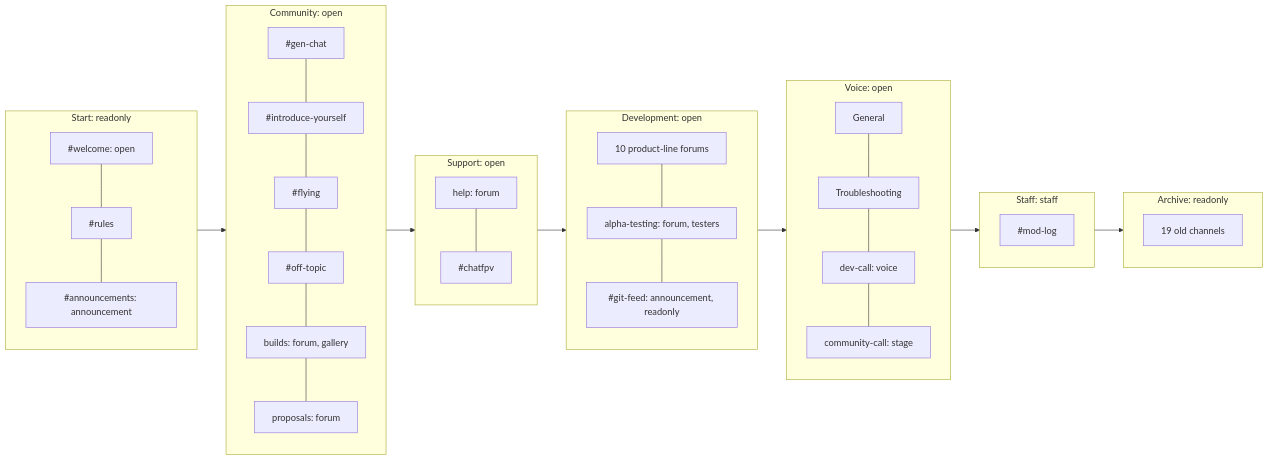
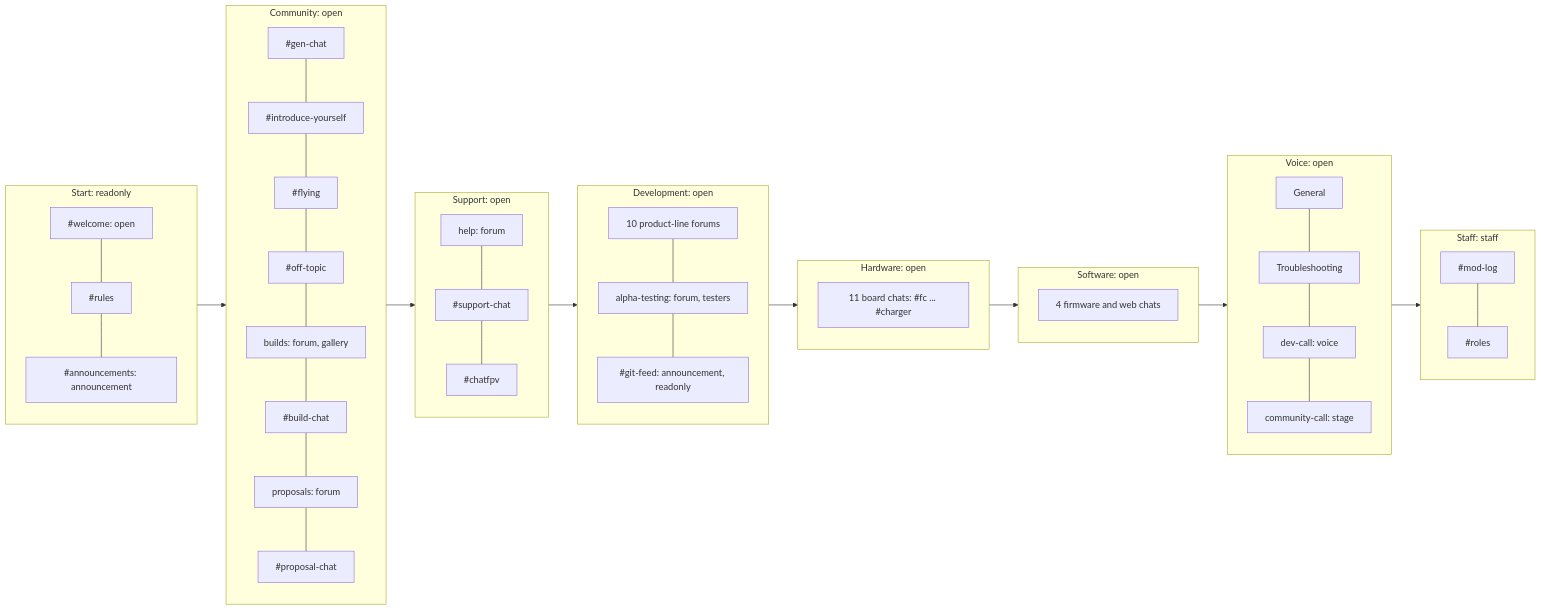
The second of 4 diagrams in README.md (OpenDrone-hw/discord), drawn with Mermaid before and after one commit. The commit also changed other lines of this file and 9 other files, not shown here.

````diff
--- a/README.md
+++ b/README.md
@@ -26,32 +26,36 @@
 ```mermaid
 flowchart LR
   subgraph Start["Start: readonly"]
     direction TB
     welcome["#welcome: open"] --- rules["#rules"] --- ann["#announcements: announcement"]
   end
   subgraph Community["Community: open"]
     direction TB
-    gen["#gen-chat"] --- intro["#introduce-yourself"] --- flying["#flying"] --- off["#off-topic"] --- builds["builds: forum, gallery"] --- props["proposals: forum"]
+    gen["#gen-chat"] --- intro["#introduce-yourself"] --- flying["#flying"] --- off["#off-topic"] --- builds["builds: forum, gallery"] --- bchat["#build-chat"] --- props["proposals: forum"] --- pchat["#proposal-chat"]
   end
   subgraph Support["Support: open"]
     direction TB
-    help["help: forum"] --- chatfpv["#chatfpv"]
+    help["help: forum"] --- schat["#support-chat"] --- chatfpv["#chatfpv"]
   end
   subgraph Development["Development: open"]
     direction TB
     dev["10 product-line forums"] --- alpha["alpha-testing: forum, testers"] --- feed["#git-feed: announcement, readonly"]
+  end
+  subgraph Hardware["Hardware: open"]
+    direction TB
+    hw["11 board chats: #fc ... #charger"]
+  end
+  subgraph Software["Software: open"]
+    direction TB
+    sw["4 firmware and web chats"]
   end
   subgraph Voice["Voice: open"]
     direction TB
     gv["General"] --- tv["Troubleshooting"] --- dc["dev-call: voice"] --- cc["community-call: stage"]
   end
   subgraph Staff["Staff: staff"]
     direction TB
-    modlog["#mod-log"]
+    modlog["#mod-log"] --- roles["#roles"]
   end
-  subgraph Archive["Archive: readonly"]
-    direction TB
-    old["19 old channels"]
-  end
-  Start --> Community --> Support --> Development --> Voice --> Staff --> Archive
+  Start --> Community --> Support --> Development --> Hardware --> Software --> Voice --> Staff
 ```
````
